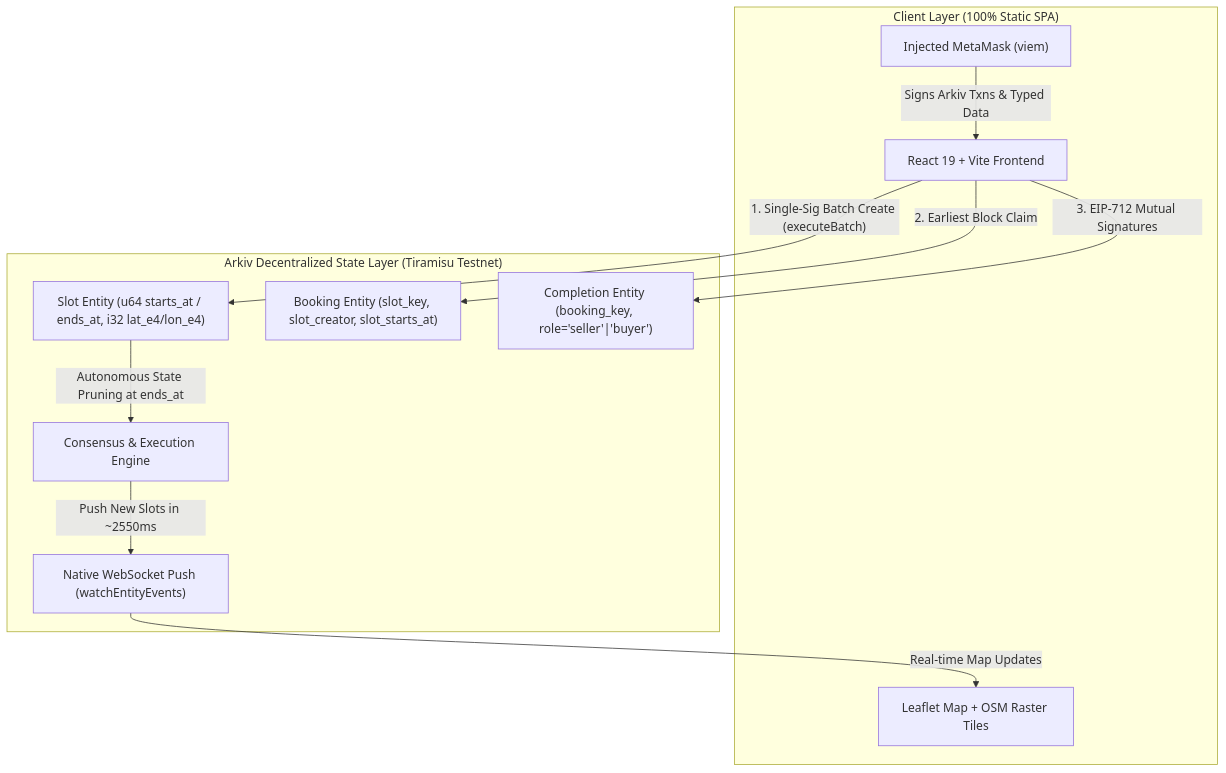
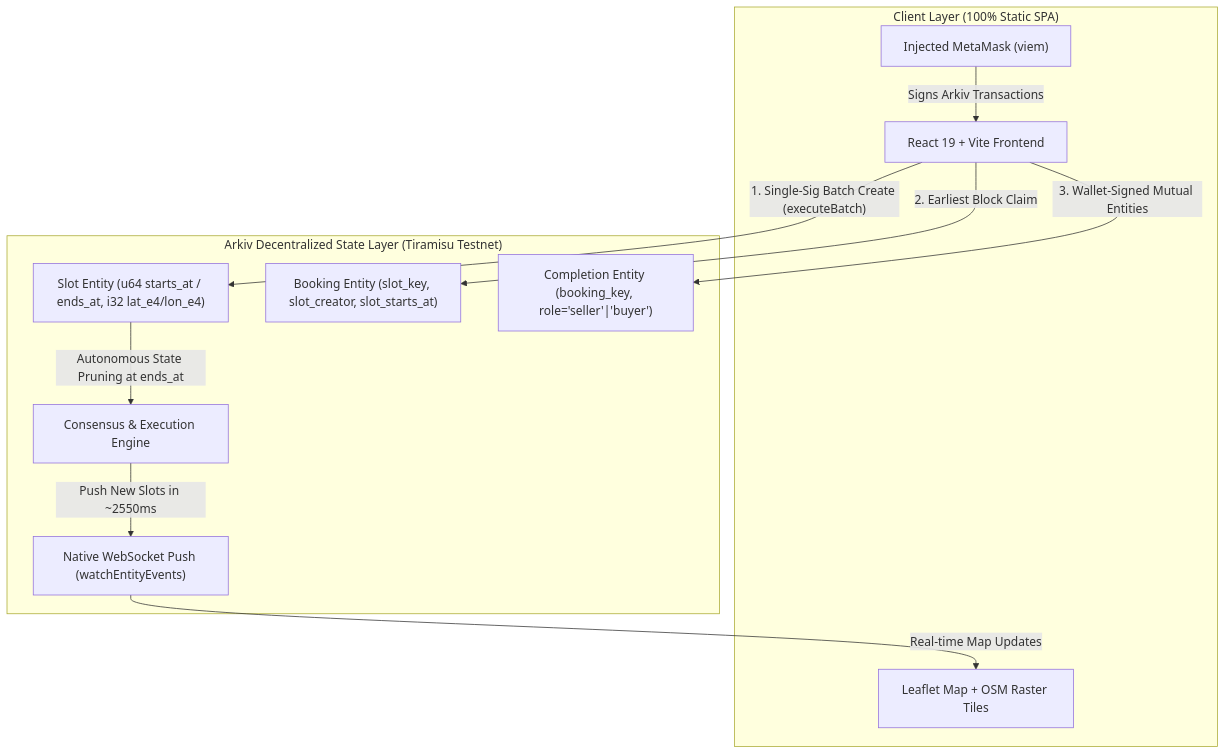
The diagram in README.md (VivekGoudAdula/SlotBazaar), drawn with Mermaid before and after one commit. The commit also changed other lines of this file and 16 other files, not shown here.

````diff
--- a/README.md
+++ b/README.md
@@ -51,27 +51,27 @@
 ```mermaid
 flowchart TD
     subgraph Client ["Client Layer (100% Static SPA)"]
         UI["React 19 + Vite Frontend"]
         Map["Leaflet Map + OSM Raster Tiles"]
         Wallet["Injected MetaMask (viem)"]
     end
 
     subgraph Arkiv ["Arkiv Decentralized State Layer (Tiramisu Testnet)"]
         SlotEntity["Slot Entity (u64 starts_at / ends_at, i32 lat_e4/lon_e4)"]
         BookingEntity["Booking Entity (slot_key, slot_creator, slot_starts_at)"]
         CompletionEntity["Completion Entity (booking_key, role='seller'|'buyer')"]
         
         ConsensusEngine["Consensus & Execution Engine"]
         WSFeed["Native WebSocket Push (watchEntityEvents)"]
     end
 
     UI -->|"1. Single-Sig Batch Create (executeBatch)"| SlotEntity
     UI -->|"2. Earliest Block Claim"| BookingEntity
-    UI -->|"3. EIP-712 Mutual Signatures"| CompletionEntity
+    UI -->|"3. Wallet-Signed Mutual Entities"| CompletionEntity
     
     SlotEntity -->|"Autonomous State Pruning at ends_at"| ConsensusEngine
     ConsensusEngine -->|"Push New Slots in ~2550ms"| WSFeed
     WSFeed -->|"Real-time Map Updates"| Map
     
-    Wallet -->|"Signs Arkiv Txns & Typed Data"| UI
+    Wallet -->|"Signs Arkiv Transactions"| UI
 ```
````
